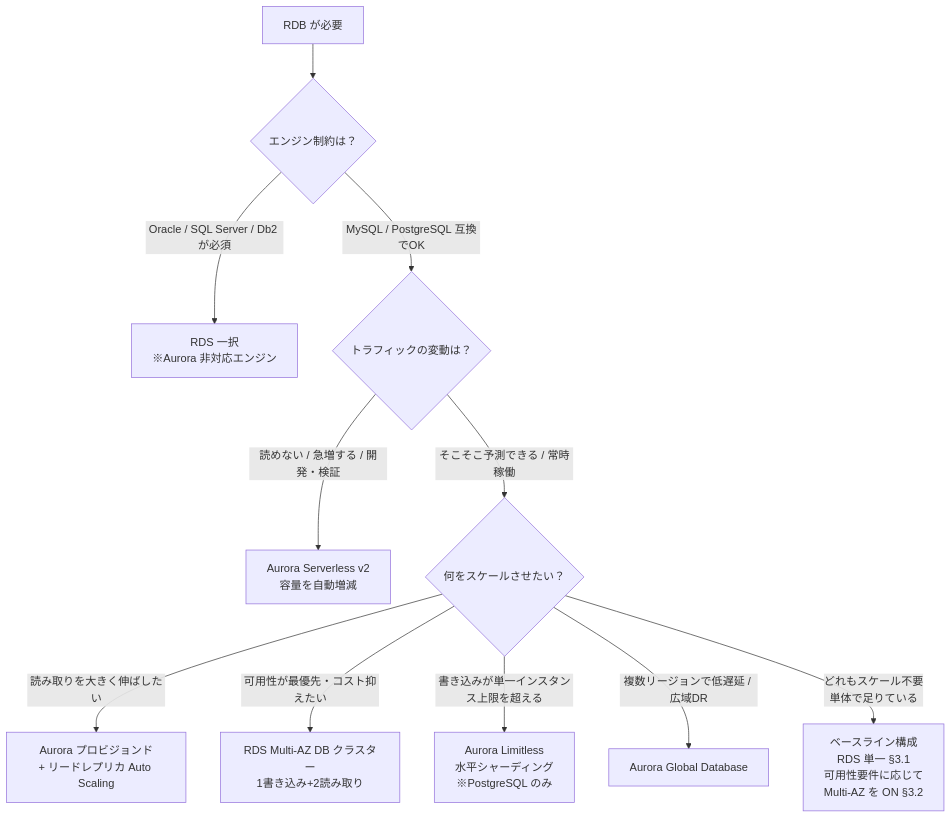
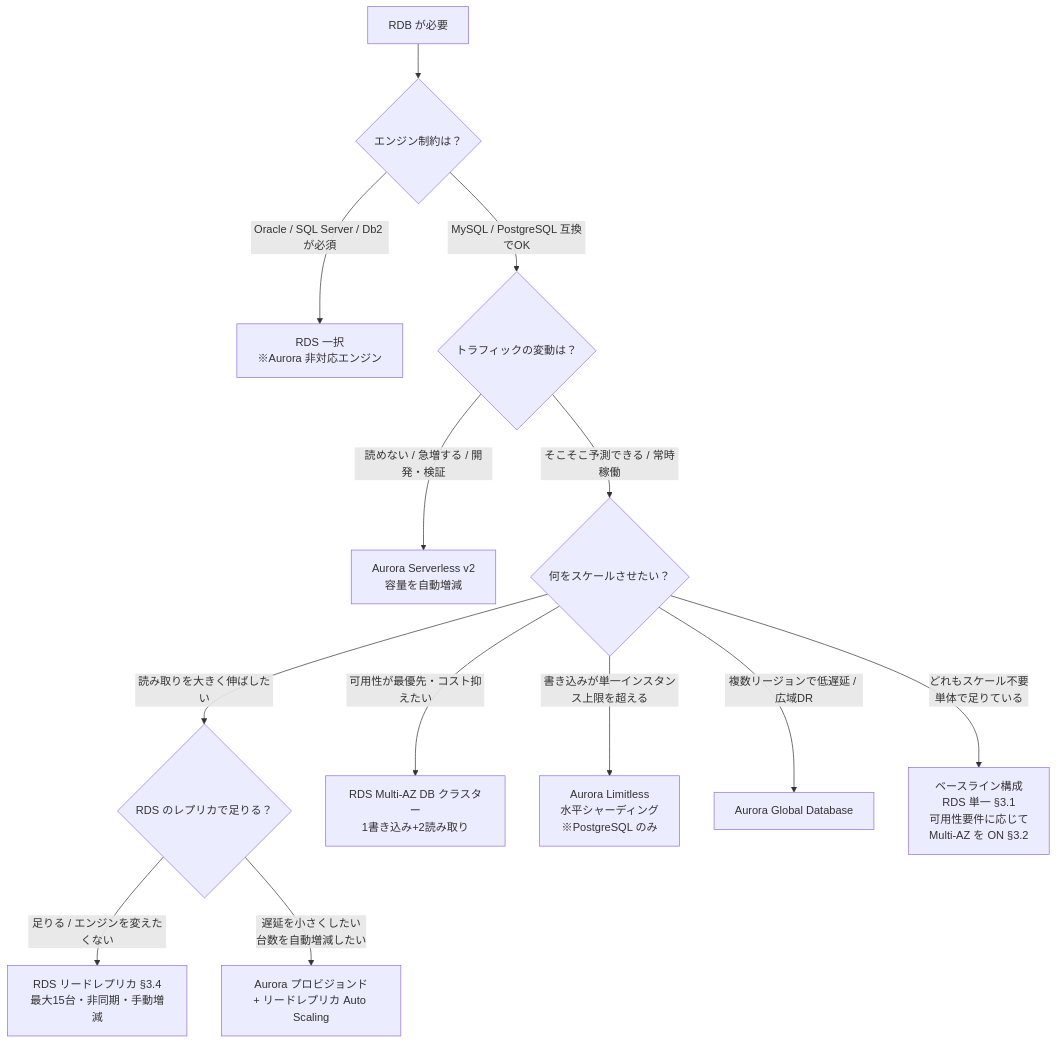
The first of 2 diagrams in docs/aws-infra/aws-rds-options-reference.md (0000masa/react-laravel-practice-public), drawn with Mermaid before and after one commit. The commit also changed other lines of this file, not shown here.

First line of the commit message:
docs: RDS レプリカと Aurora リーダーの違い・Multi-AZ との併用を追記

````diff
--- a/docs/aws-infra/aws-rds-options-reference.md
+++ b/docs/aws-infra/aws-rds-options-reference.md
@@ -38,15 +38,17 @@
 ```mermaid
 flowchart TD
     A[RDB が必要] --> B{エンジン制約は？}
     B -->|Oracle / SQL Server / Db2 が必須| RDS_ONLY[RDS 一択<br/>※Aurora 非対応エンジン]
     B -->|MySQL / PostgreSQL 互換でOK| C{トラフィックの変動は？}
 
     C -->|読めない / 急増する / 開発・検証| SLSV2[Aurora Serverless v2<br/>容量を自動増減]
     C -->|そこそこ予測できる / 常時稼働| D{何をスケールさせたい？}
 
-    D -->|読み取りを大きく伸ばしたい| AUR[Aurora プロビジョンド<br/>+ リードレプリカ Auto Scaling]
+    D -->|読み取りを大きく伸ばしたい| E{RDS のレプリカで足りる？}
+    E -->|足りる / エンジンを変えたくない| RDSRR[RDS リードレプリカ §3.4<br/>最大15台・非同期・手動増減]
+    E -->|遅延を小さくしたい<br/>台数を自動増減したい| AUR[Aurora プロビジョンド<br/>+ リードレプリカ Auto Scaling]
     D -->|可用性が最優先・コスト抑えたい| MAZC[RDS Multi-AZ DB クラスター<br/>1書き込み+2読み取り]
     D -->|書き込みが単一インスタンス上限を超える| LIM[Aurora Limitless<br/>水平シャーディング<br/>※PostgreSQL のみ]
     D -->|複数リージョンで低遅延 / 広域DR| GLOBAL[Aurora Global Database]
     D -->|どれもスケール不要<br/>単体で足りている| BASE[ベースライン構成<br/>RDS 単一 §3.1<br/>可用性要件に応じて<br/>Multi-AZ を ON §3.2]
 ```
````
